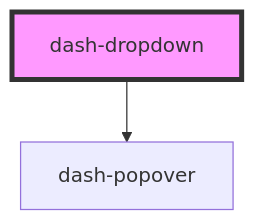
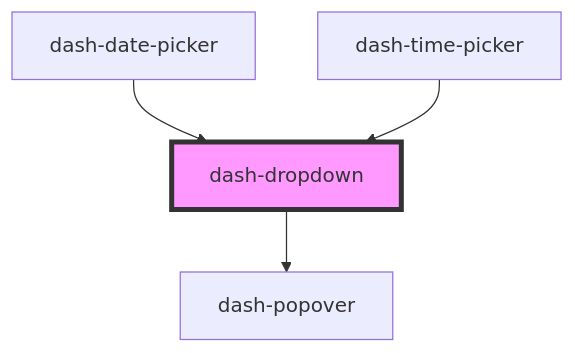
The diagram in packages/dash-components/src/components/dash-dropdown/readme.md (jmanke/dash), drawn with Mermaid before and after one commit. The commit also changed other lines of this file and 15 other files, not shown here.

````diff
--- a/packages/dash-components/src/components/dash-dropdown/readme.md
+++ b/packages/dash-components/src/components/dash-dropdown/readme.md
@@ -45,5 +51,7 @@
 ```mermaid
 graph TD;
   dash-dropdown --> dash-popover
+  dash-date-picker --> dash-dropdown
+  dash-time-picker --> dash-dropdown
   style dash-dropdown fill:#f9f,stroke:#333,stroke-width:4px
 ```
````
